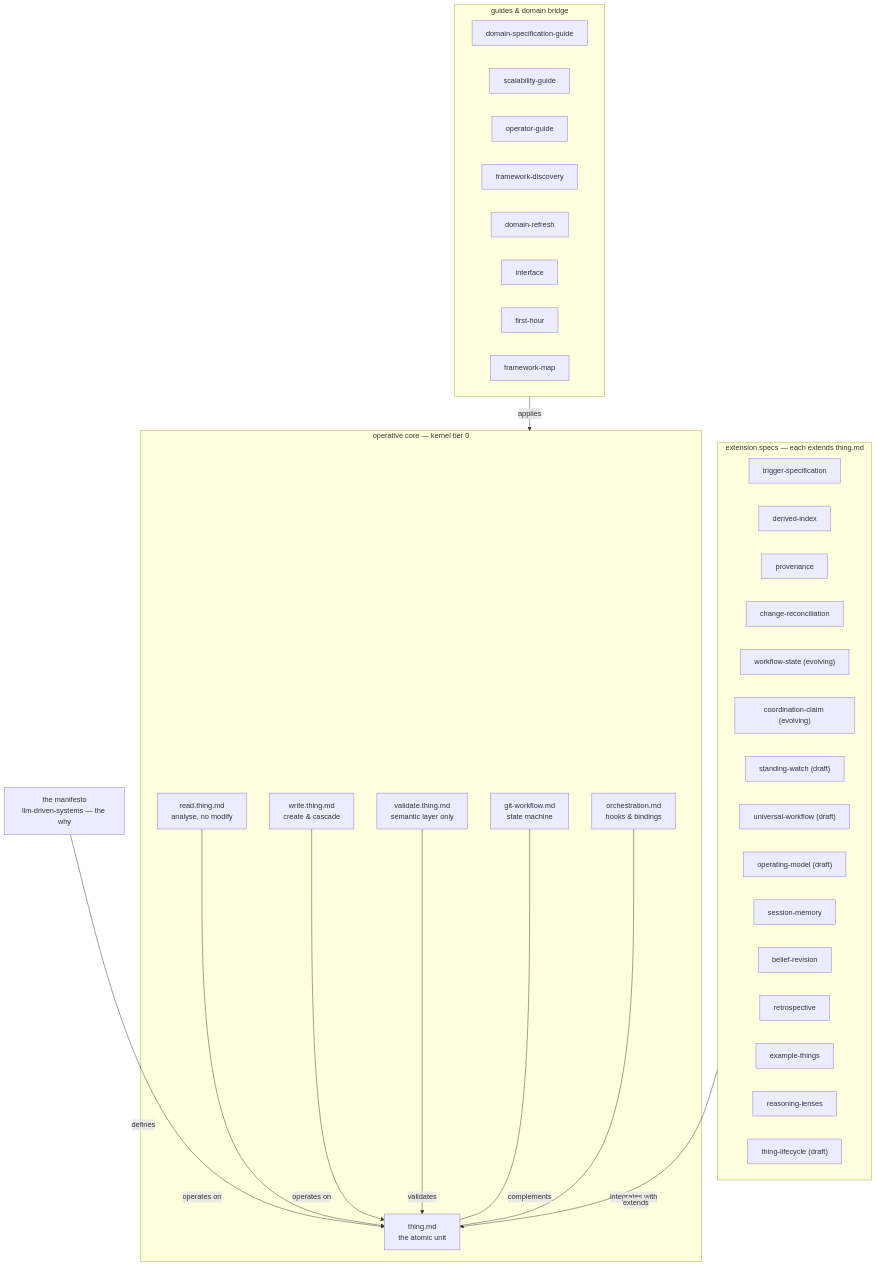
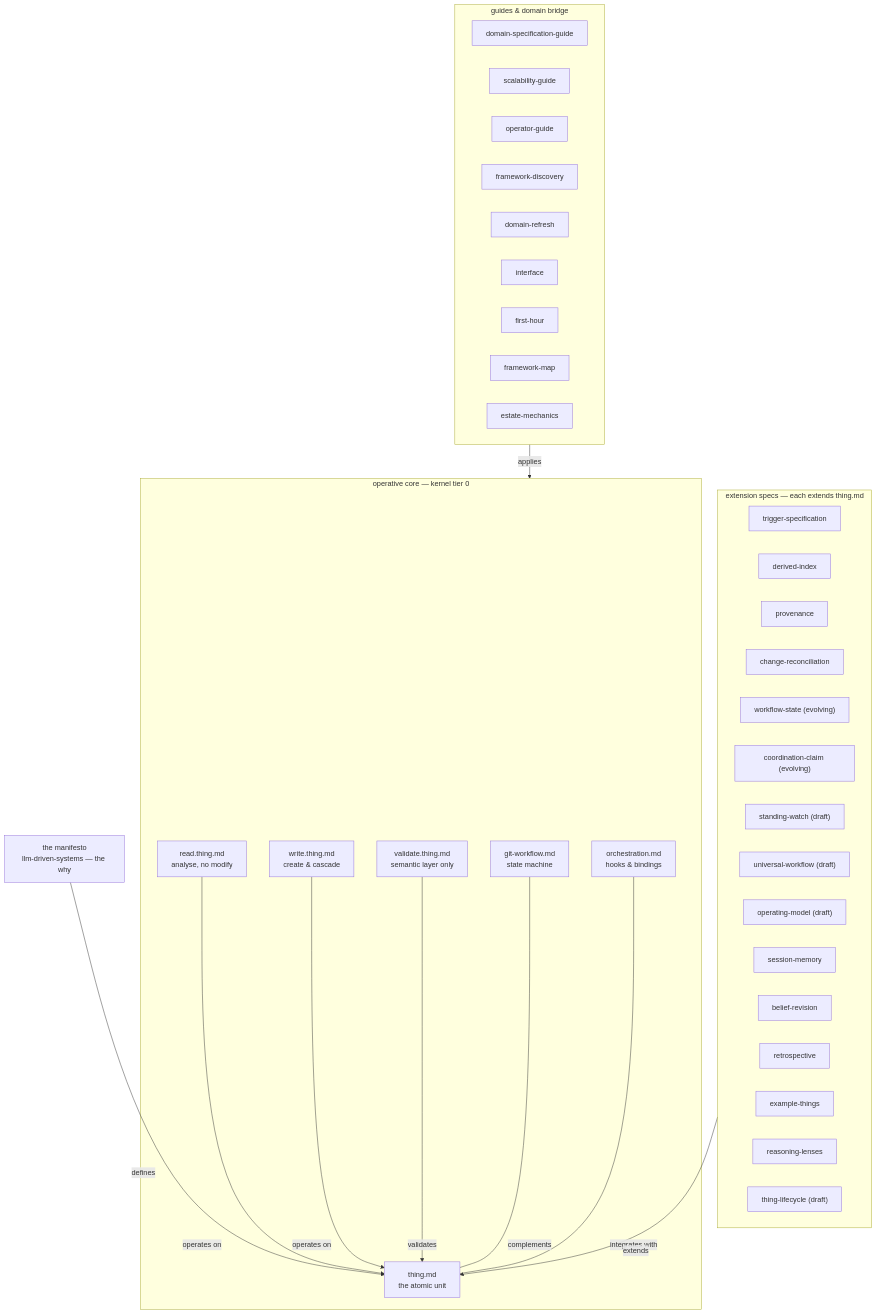
Before and after one commit to JanoshMoshiri/MarkdownLLM: the second of 5 diagrams in docs/framework-map.md, drawn with Mermaid. The commit also changed other lines of this file and 13 other files, not shown here.

````diff
--- a/docs/framework-map.md
+++ b/docs/framework-map.md
@@ -134,67 +134,69 @@
 ```mermaid
 flowchart TD
     accTitle: View 2 - the spec layer, showing what defines what
     accDescr {
         Everything centres on thing.md, the atomic unit. The manifesto defines
         it. Around it sits the operative core, the six specs that mdllm kernel
         distils into tier 0: git-workflow.md the state machine and thing.md
         complement each other, orchestration.md for hooks and bindings
         integrates with it, and read.thing.md analyses without modifying,
         write.thing.md creates and cascades, and validate.thing.md covers the
         semantic layer only - all three operating on it. A band of extension
         specs each extends thing.md: trigger-specification, derived-index,
         provenance, change-reconciliation, workflow-state, coordination-claim,
         standing-watch, universal-workflow, operating-model, session-memory, belief-revision,
         retrospective, example-things, reasoning-lenses and thing-lifecycle. A separate band of guides and the
         domain bridge - domain-specification-guide, scalability-guide,
         operator-guide, framework-discovery, domain-refresh, interface,
-        first-hour and framework-map - applies to the core rather than defining
+        first-hour, framework-map and estate-mechanics - applies to the core
+        rather than defining
         any semantics. The navigation rule: when lost, start at thing.md and
         follow one extends edge outward.
     }
     MAN["the manifesto<br/>llm-driven-systems — the why"]
     subgraph core ["operative core — kernel tier 0"]
         GITW["git-workflow.md<br/>state machine"]
         THING["thing.md<br/>the atomic unit"]
         ORCH["orchestration.md<br/>hooks & bindings"]
         READ["read.thing.md<br/>analyse, no modify"]
         WRITE["write.thing.md<br/>create & cascade"]
         VAL["validate.thing.md<br/>semantic layer only"]
     end
     subgraph ext ["extension specs — each extends thing.md"]
         TRIG["trigger-specification"]
         DIDX["derived-index"]
         PROV["provenance"]
         CRECON["change-reconciliation"]
         WSTATE["workflow-state (evolving)"]
         COORD["coordination-claim (evolving)"]
         SWATCH["standing-watch (draft)"]
         UWORK["universal-workflow (draft)"]
         OPMODEL["operating-model (draft)"]
         SMEM["session-memory"]
         BREV["belief-revision"]
         RETRO["retrospective"]
         EXTH["example-things"]
         LENS["reasoning-lenses"]
         LIFE["thing-lifecycle (draft)"]
     end
     subgraph guides ["guides & domain bridge"]
         DSG["domain-specification-guide"]
         SCAL["scalability-guide"]
         OPG["operator-guide"]
         DISC["framework-discovery"]
         REFR["domain-refresh"]
         IFACE["interface"]
         FH["first-hour"]
         FMAP["framework-map"]
+        EMECH["estate-mechanics"]
     end
 
     MAN -->|defines| THING
     READ -->|operates on| THING
     WRITE -->|operates on| THING
     VAL -->|validates| THING
     GITW ---|complements| THING
     ORCH ---|integrates with| THING
     ext -->|extends| THING
     guides -->|applies| core
 ```
````
